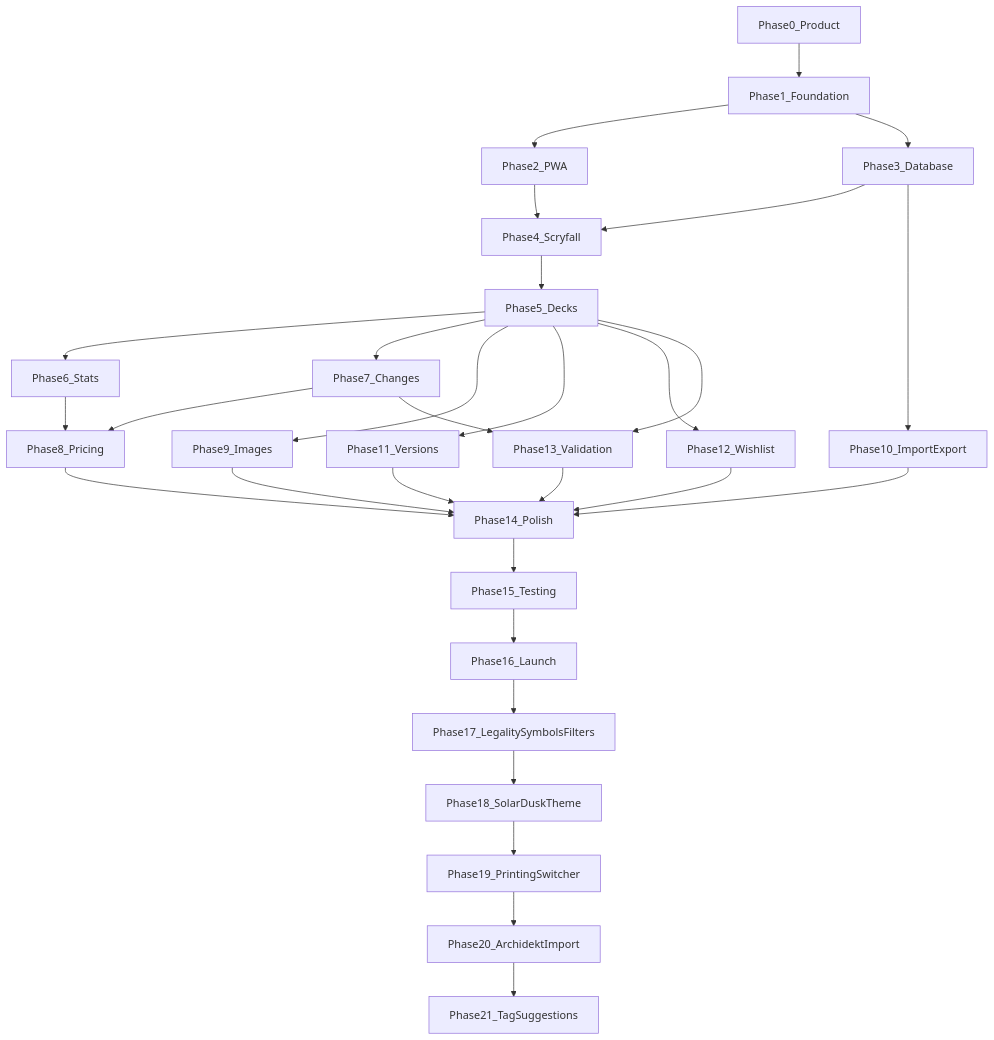
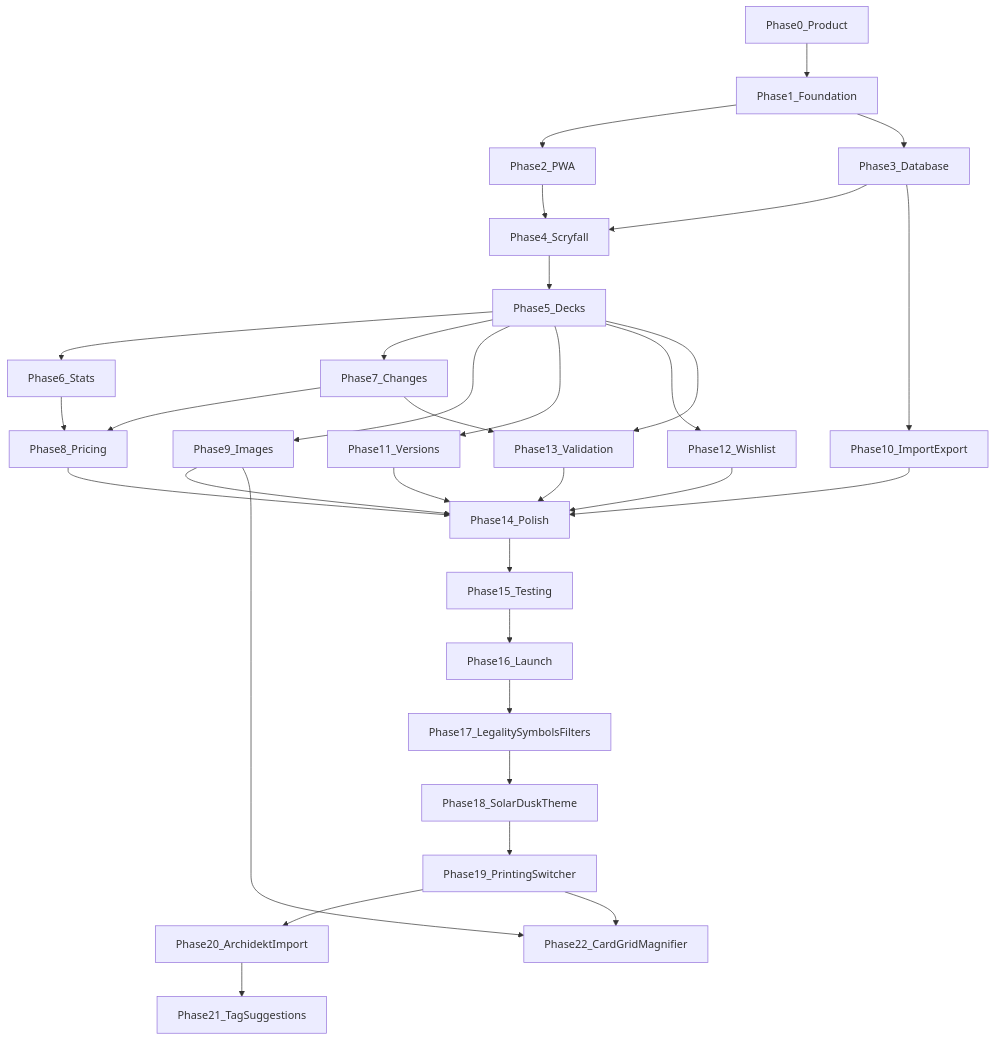
One commit to zeMenno/mtg-deck-manager changed the diagram in build-plan/README.md. Above: the diagram before and after it, drawn with Mermaid. The commit also changed other lines of this file and 82 other files, not shown here.

First line of the commit message:
Ship Phases 20–22: Archidekt import, local tag suggestions, and card grid magnifier.

````diff
--- a/build-plan/README.md
+++ b/build-plan/README.md
@@ -58,32 +59,34 @@
 ```mermaid
 flowchart TD
   P0[Phase0_Product] --> P1[Phase1_Foundation]
   P1 --> P2[Phase2_PWA]
   P1 --> P3[Phase3_Database]
   P2 --> P4[Phase4_Scryfall]
   P3 --> P4
   P4 --> P5[Phase5_Decks]
   P5 --> P6[Phase6_Stats]
   P5 --> P7[Phase7_Changes]
   P6 --> P8[Phase8_Pricing]
   P7 --> P8
   P5 --> P9[Phase9_Images]
   P3 --> P10[Phase10_ImportExport]
   P5 --> P11[Phase11_Versions]
   P5 --> P12[Phase12_Wishlist]
   P5 --> P13[Phase13_Validation]
   P7 --> P13
   P8 --> P14[Phase14_Polish]
   P9 --> P14
   P10 --> P14
   P11 --> P14
   P12 --> P14
   P13 --> P14
   P14 --> P15[Phase15_Testing]
   P15 --> P16[Phase16_Launch]
   P16 --> P17[Phase17_LegalitySymbolsFilters]
   P17 --> P18[Phase18_SolarDuskTheme]
   P18 --> P19[Phase19_PrintingSwitcher]
   P19 --> P20[Phase20_ArchidektImport]
   P20 --> P21[Phase21_TagSuggestions]
+  P19 --> P22[Phase22_CardGridMagnifier]
+  P9 --> P22
 ```
````
